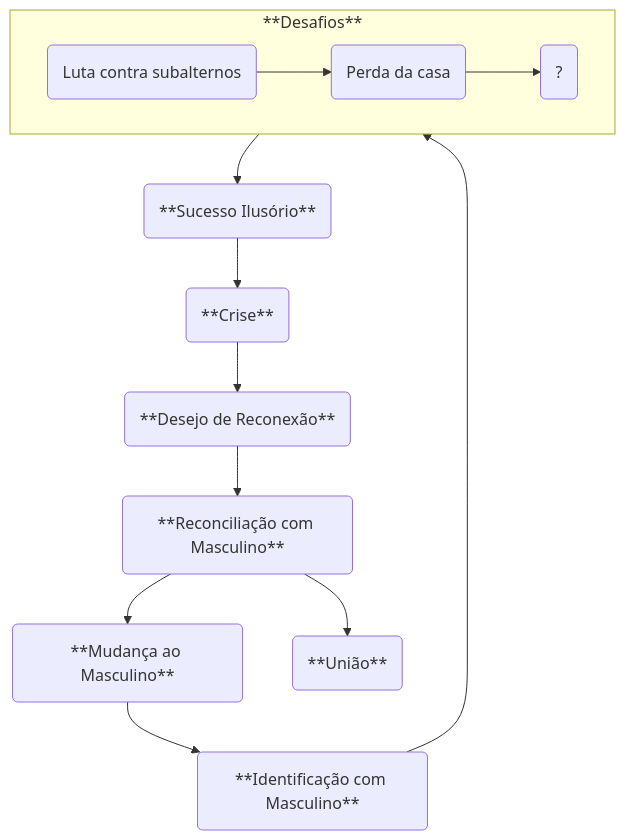
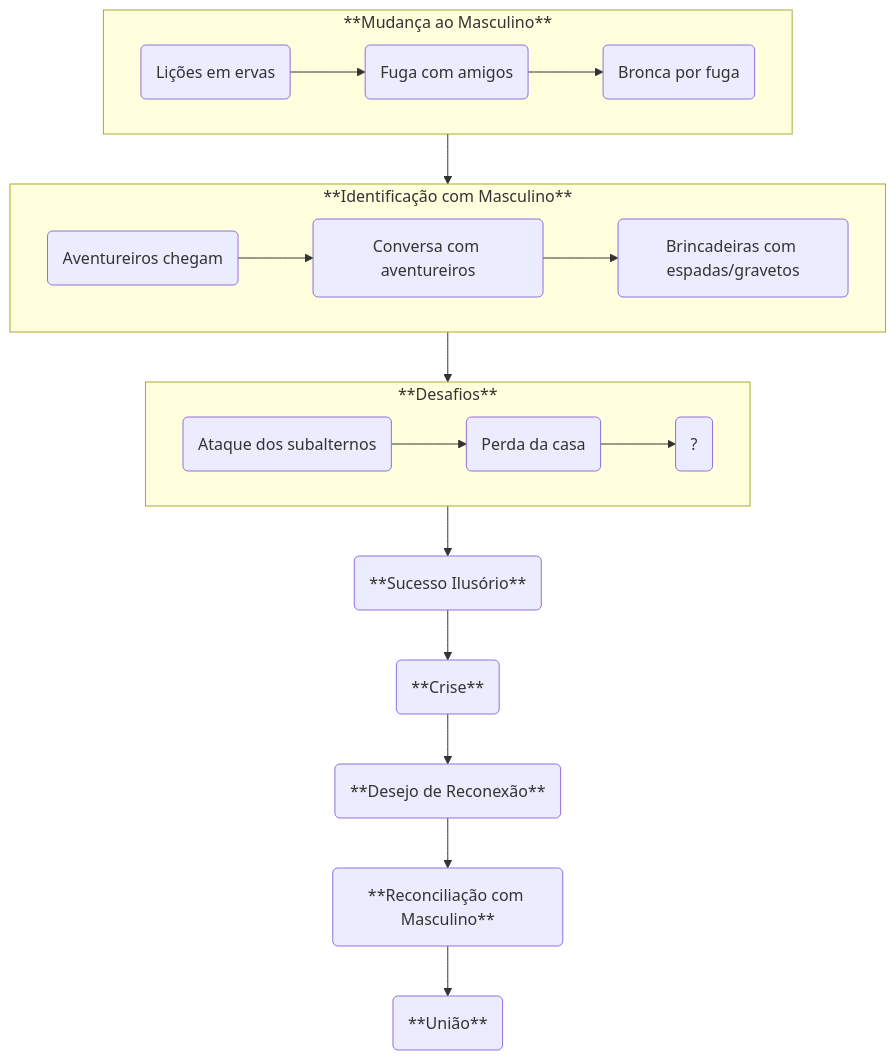
One commit to Nereare/texts changed the diagram in _posts/2025-04-05-working-title.md. Above: the diagram before and after it, drawn with Mermaid.

Commit message:
Atualizar estrutura da história

````diff
--- a/_posts/2025-04-05-working-title.md
+++ b/_posts/2025-04-05-working-title.md
@@ -9,16 +9,25 @@
 ```mermaid
 flowchart TD
-  A("**Mudança ao Masculino**<br>") --> B("**Identificação com Masculino**")
+  subgraph A ["**Mudança ao Masculino**"]
+    direction LR
+    A1("Lições em ervas") --> A2("Fuga com amigos")
+    A2 --> A3("Bronca por fuga")
+  end
+  subgraph B ["**Identificação com Masculino**"]
+    direction LR
+    B1("Aventureiros chegam") --> B2("Conversa com aventureiros")
+    B2 --> B3("Brincadeiras com espadas/gravetos")
+  end
+  A --> B
   subgraph C ["**Desafios**"]
     direction LR
-    C1("Luta contra subalternos") --> C2("Perda da casa")
+    C1("Ataque dos subalternos") --> C2("Perda da casa")
     C2 --> C3("?")
   end
   B --> C
   C --> D("**Sucesso Ilusório**")
   D --> E("**Crise**")
   E --> F("**Desejo de Reconexão**")
   F --> G("**Reconciliação com Masculino**")
   G --> H("**União**")
-  G --> A
 ```
````
